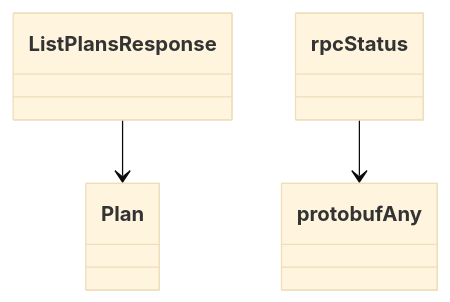
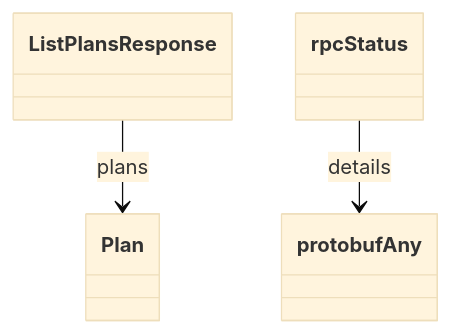
The fourth of 4 diagrams in docs/sphinx/services/plan.md (alexdearaujo/community_sdk_python), drawn with Mermaid (base theme) before and after one commit. The commit also changed other lines of this file and 129 other files, not shown here.

````diff
--- a/docs/sphinx/services/plan.md
+++ b/docs/sphinx/services/plan.md
@@ -101,9 +122,9 @@
 ```mermaid
 classDiagram
     class ListPlansResponse
     class Plan
     class protobufAny
     class rpcStatus
-    ListPlansResponse --> Plan
-    rpcStatus --> protobufAny
+    ListPlansResponse --> Plan : plans
+    rpcStatus --> protobufAny : details
 ```
````
